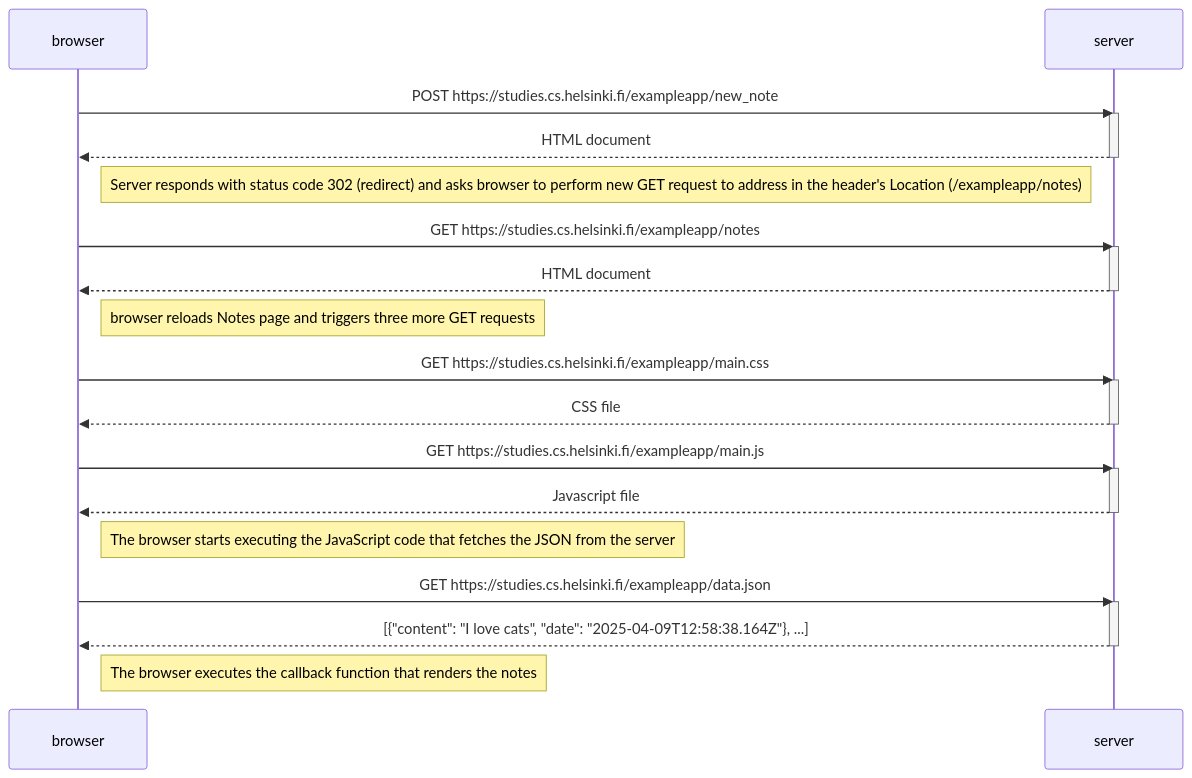
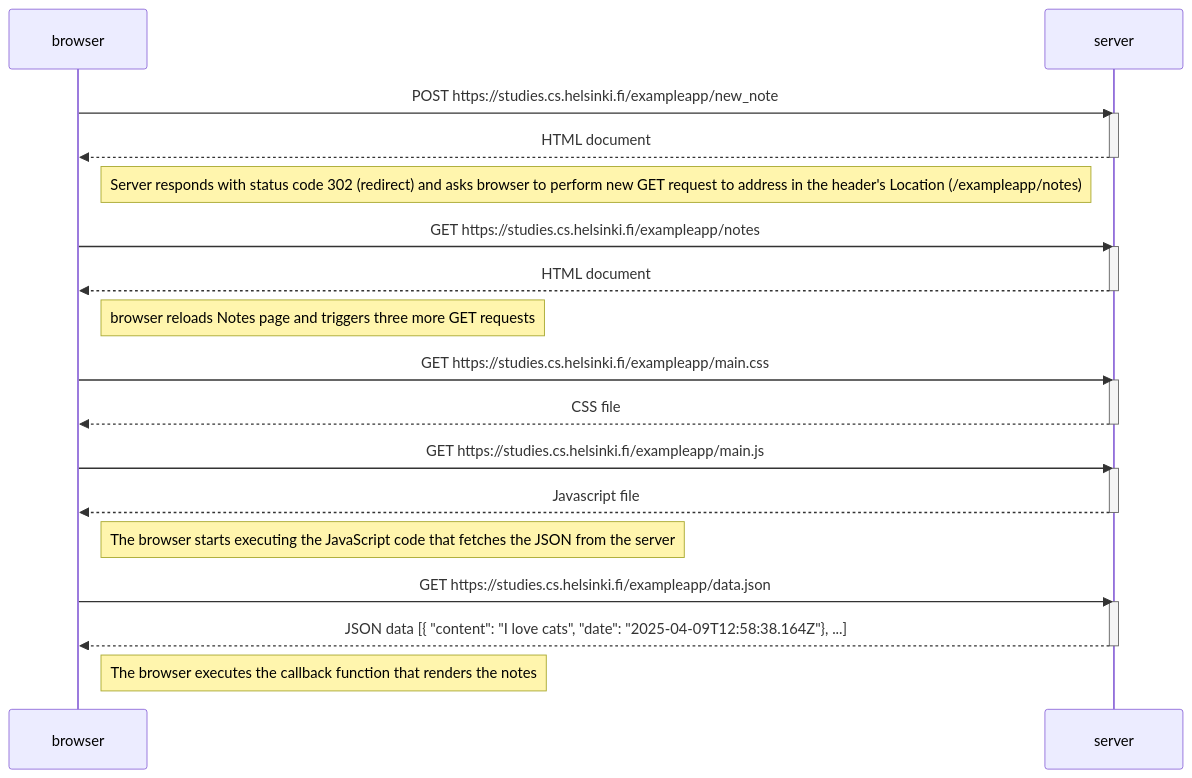
Before and after one commit to shonaloujacks/full-stack-open-university-helsinki: the diagram in part0/new-note-diagram.md, drawn with Mermaid. The commit also changed 2 other files, not shown here.

Commit message:
diagram for creating a new note on a single page app added

````diff
--- a/part0/new-note-diagram.md
+++ b/part0/new-note-diagram.md
@@ -1,38 +1,38 @@
 ```mermaid
 sequenceDiagram
 participant browser
 participant server
 
     browser->>server: POST https://studies.cs.helsinki.fi/exampleapp/new_note
     activate server
     server-->>browser: HTML document
     deactivate server
 
     Note right of browser: Server responds with status code 302 (redirect) and asks browser to perform new GET request to address in the header's Location (/exampleapp/notes)
 
     browser->>server: GET https://studies.cs.helsinki.fi/exampleapp/notes
     activate server
     server-->>browser: HTML document
     deactivate server
 
     Note right of browser: browser reloads Notes page and triggers three more GET requests
 
     browser->>server: GET https://studies.cs.helsinki.fi/exampleapp/main.css
     activate server
     server-->>browser: CSS file
     deactivate server
 
     browser->>server: GET https://studies.cs.helsinki.fi/exampleapp/main.js
     activate server
     server-->>browser: Javascript file
     deactivate server
 
     Note right of browser: The browser starts executing the JavaScript code that fetches the JSON from the server
 
     browser->>server: GET https://studies.cs.helsinki.fi/exampleapp/data.json
     activate server
-    server-->>browser: [{"content": "I love cats", "date": "2025-04-09T12:58:38.164Z"}, ...]
+    server-->>browser: JSON data [{ "content": "I love cats", "date": "2025-04-09T12:58:38.164Z"}, ...]
     deactivate server
 
     Note right of browser: The browser executes the callback function that renders the notes
 ```
````
